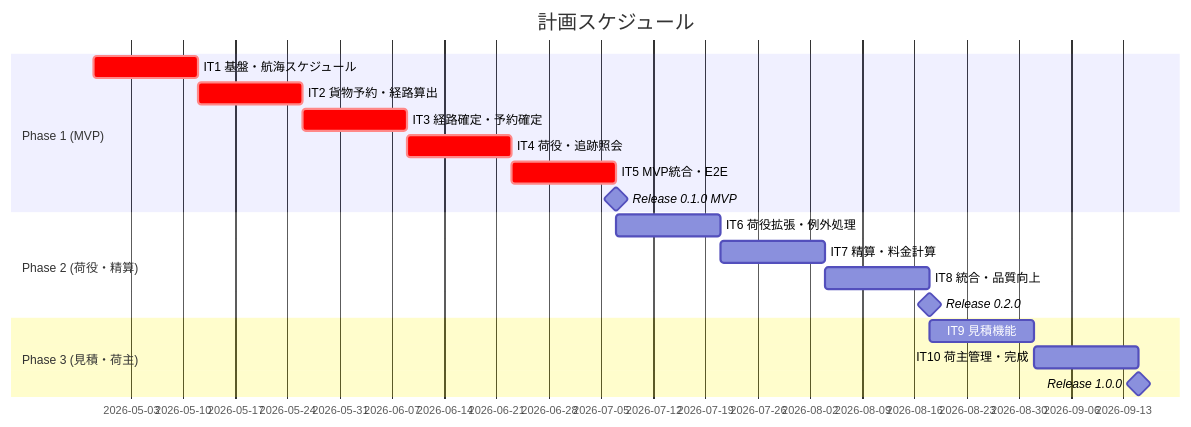
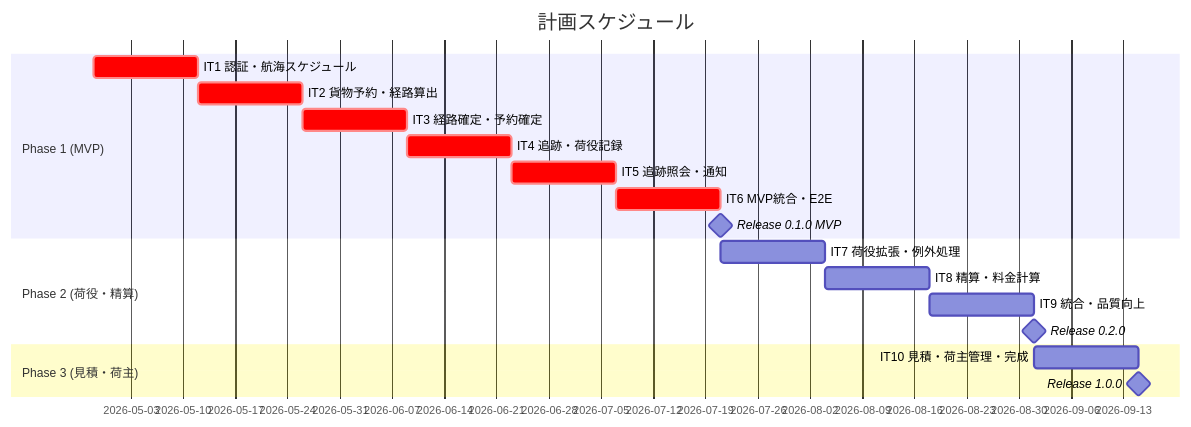
One commit to k2works/case-study-cargo-tracker changed the first of 3 diagrams in docs/development/release_plan.md. Above: the diagram before and after it, drawn with Mermaid. The commit also changed other lines of this file and 3 other files, not shown here.

````diff
--- a/docs/development/release_plan.md
+++ b/docs/development/release_plan.md
@@ -151,21 +153,21 @@
 ```mermaid
 gantt
     title 計画スケジュール
     dateFormat  YYYY-MM-DD
     section Phase 1 (MVP)
-    IT1 基盤・航海スケジュール     :crit, p1-1, 2026-04-28, 14d
+    IT1 認証・航海スケジュール     :crit, p1-1, 2026-04-28, 14d
     IT2 貨物予約・経路算出         :crit, p1-2, after p1-1, 14d
     IT3 経路確定・予約確定         :crit, p1-3, after p1-2, 14d
-    IT4 荷役・追跡照会             :crit, p1-4, after p1-3, 14d
-    IT5 MVP統合・E2E              :crit, p1-5, after p1-4, 14d
-    Release 0.1.0 MVP             :milestone, m1, after p1-5, 0d
+    IT4 追跡・荷役記録             :crit, p1-4, after p1-3, 14d
+    IT5 追跡照会・通知             :crit, p1-5, after p1-4, 14d
+    IT6 MVP統合・E2E              :crit, p1-6, after p1-5, 14d
+    Release 0.1.0 MVP             :milestone, m1, after p1-6, 0d
     section Phase 2 (荷役・精算)
-    IT6 荷役拡張・例外処理         :p2-1, after p1-5, 14d
-    IT7 精算・料金計算             :p2-2, after p2-1, 14d
-    IT8 統合・品質向上             :p2-3, after p2-2, 14d
+    IT7 荷役拡張・例外処理         :p2-1, after p1-6, 14d
+    IT8 精算・料金計算             :p2-2, after p2-1, 14d
+    IT9 統合・品質向上             :p2-3, after p2-2, 14d
     Release 0.2.0                 :milestone, m2, after p2-3, 0d
     section Phase 3 (見積・荷主)
-    IT9 見積機能                   :p3-1, after p2-3, 14d
-    IT10 荷主管理・完成             :p3-2, after p3-1, 14d
-    Release 1.0.0                 :milestone, m3, after p3-2, 0d
+    IT10 見積・荷主管理・完成       :p3-1, after p2-3, 14d
+    Release 1.0.0                 :milestone, m3, after p3-1, 0d
 ```
````
